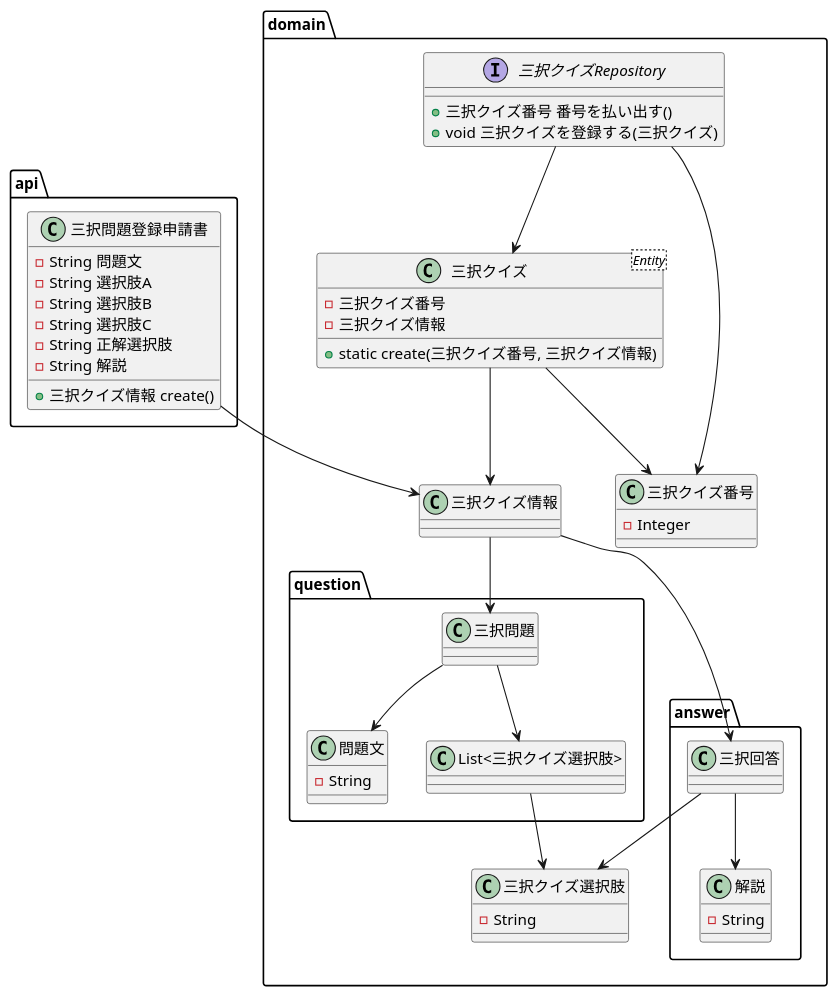
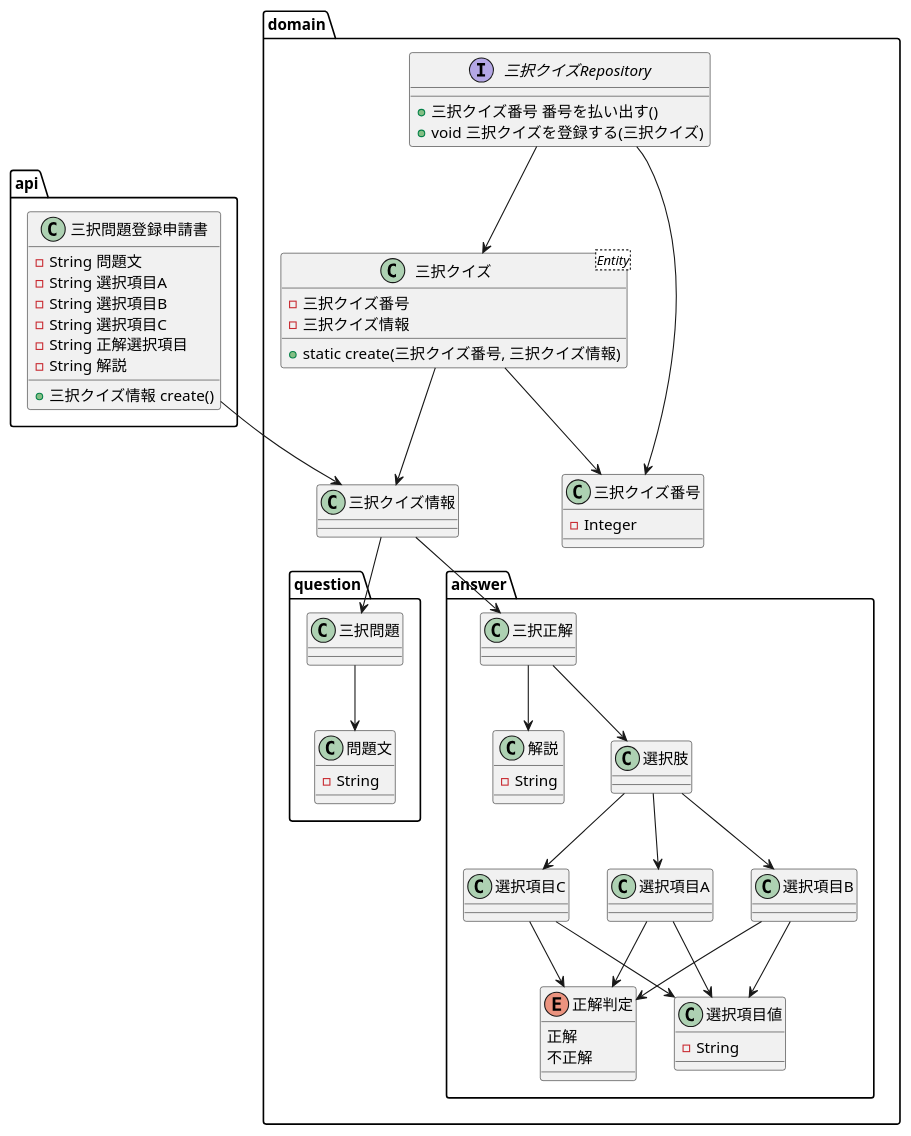
The diagram in doc/クイズ/register_model.puml (n-oikawa/study), drawn with PlantUML before and after one commit. The commit also changed 18 other files, not shown here.

```diff
--- a/doc/クイズ/register_model.puml
+++ b/doc/クイズ/register_model.puml
@@ -1,62 +1,73 @@
 @startuml
 
 package api {
   class 三択問題登録申請書 {
       - String 問題文
-      - String 選択肢A
-      - String 選択肢B
-      - String 選択肢C
-      - String 正解選択肢
+      - String 選択項目A
+      - String 選択項目B
+      - String 選択項目C
+      - String 正解選択項目
       - String 解説
     + 三択クイズ情報 create()
   }
 }
 package domain {
   class 三択クイズ情報 {
   }
 
   class "三択クイズ<Entity>" as 三択クイズ {
     - 三択クイズ番号
     - 三択クイズ情報
     + static create(三択クイズ番号, 三択クイズ情報)
   }
 
   interface 三択クイズRepository {
     + 三択クイズ番号 番号を払い出す()
     + void 三択クイズを登録する(三択クイズ)
   }
 
   class 三択クイズ番号 {
     - Integer
   }
     package question {
         class 問題文 {
             - String
         }
         三択問題 --> 問題文
-        三択問題 --> "List<三択クイズ選択肢>"
     }
     package answer {
         class 解説 {
             - String
         }
-        三択回答 --> 解説
-    }
-    class 三択クイズ選択肢 {
-        - String
+        enum 正解判定 {
+            正解
+            不正解
+        }
+        class 選択項目値 {
+            - String
+        }
+        三択正解 --> 解説
+        三択正解 --> 選択肢
+        選択肢 --> 選択項目A
+        選択肢 --> 選択項目B
+        選択肢 --> 選択項目C
+        選択項目A --> 選択項目値
+        選択項目B --> 選択項目値
+        選択項目C --> 選択項目値
+        選択項目A --> 正解判定
+        選択項目B --> 正解判定
+        選択項目C --> 正解判定
     }
     三択クイズRepository --> 三択クイズ
     三択クイズRepository --> 三択クイズ番号
     三択クイズ --> 三択クイズ番号
     三択クイズ --> 三択クイズ情報
     三択クイズ情報 --> 三択問題
-    三択クイズ情報 --> 三択回答
-    "List<三択クイズ選択肢>" --> 三択クイズ選択肢
-    三択回答 --> 三択クイズ選択肢
+    三択クイズ情報 --> 三択正解
 
 }
 
 三択問題登録申請書 --> 三択クイズ情報
 
 
 @enduml
```
